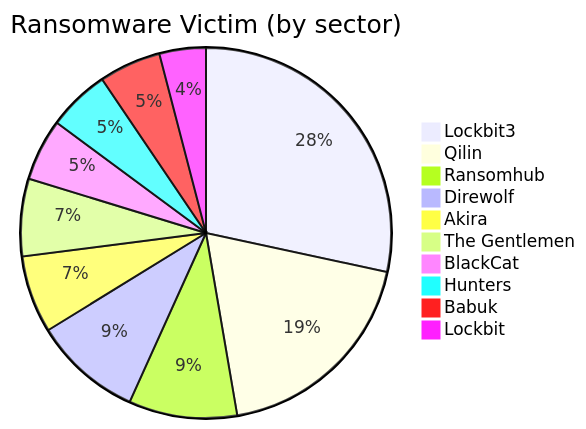
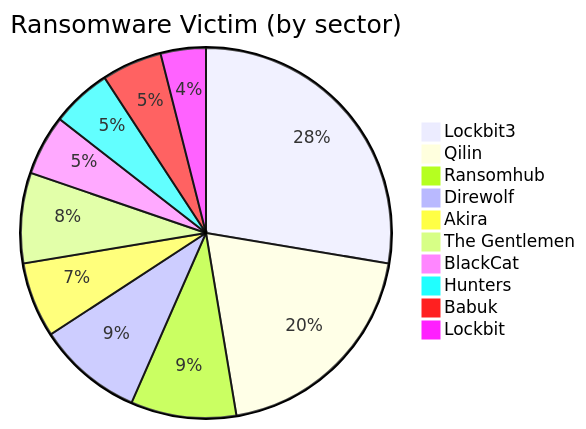
One commit to rectifyq/site changed the second of 3 diagrams in content/MY Threat Landscape/ransomware.md. Above: the diagram before and after it, drawn with Mermaid. The commit also changed other lines of this file and 208 other files, not shown here.

````diff
--- a/content/MY Threat Landscape/ransomware.md
+++ b/content/MY Threat Landscape/ransomware.md
@@ -127,13 +136,13 @@
 ```mermaid
 pie title Ransomware Victim (by sector)
     "Lockbit3" : 21
-    "Qilin" : 14
+    "Qilin" : 15
     "Ransomhub" : 7
     "Direwolf" : 7
     "Akira" : 5
-    "The Gentlemen" : 5
+    "The Gentlemen" : 6
     "BlackCat" : 4
     "Hunters" : 4
     "Babuk" : 4
     "Lockbit" : 3
 ```
````
